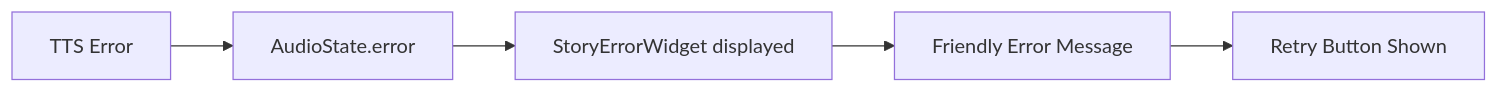
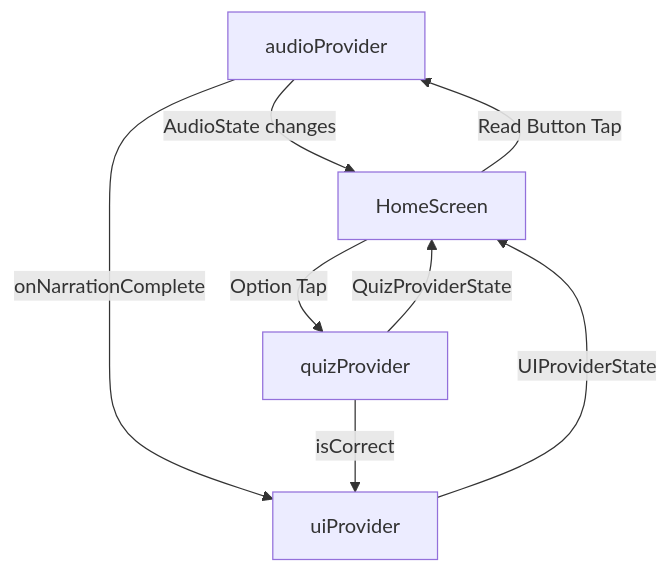
Before and after one commit to pranay-spec/Peblo-Story-Tales: the first of 4 diagrams in README.md, drawn with Mermaid. The commit also changed other lines of this file, not shown here.

Commit message:
Fix Mermaid block

````diff
--- a/README.md
+++ b/README.md
@@ -158,7 +158,12 @@
 ```mermaid
-graph LR
-A[TTS Error] --> B[AudioState.error]
-B --> C[StoryErrorWidget displayed]
-C --> D[Friendly Error Message]
-D --> E[Retry Button Shown]
+graph TD
+    A[audioProvider] -->|AudioState changes| D[HomeScreen]
+    B[quizProvider] -->|QuizProviderState| D
+    C[uiProvider] -->|UIProviderState| D
+    
+    A -->|onNarrationComplete| C
+    B -->|isCorrect| C
+    
+    D -->|Read Button Tap| A
+    D -->|Option Tap| B
 ```
````
